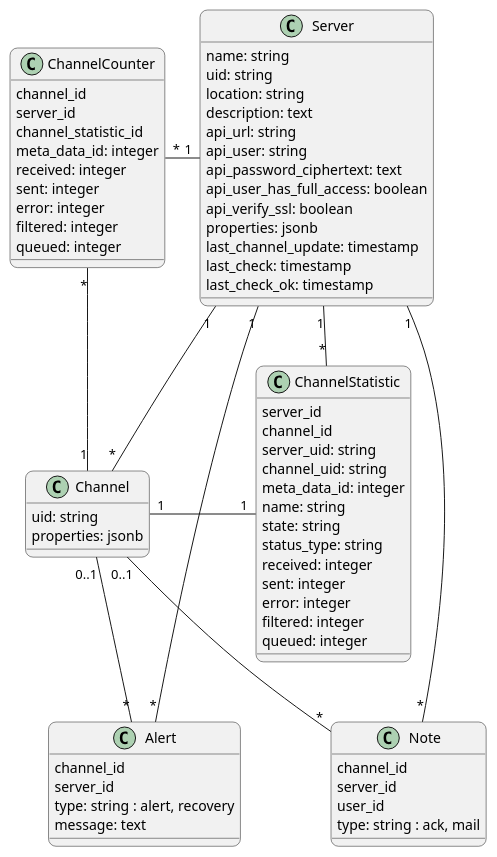
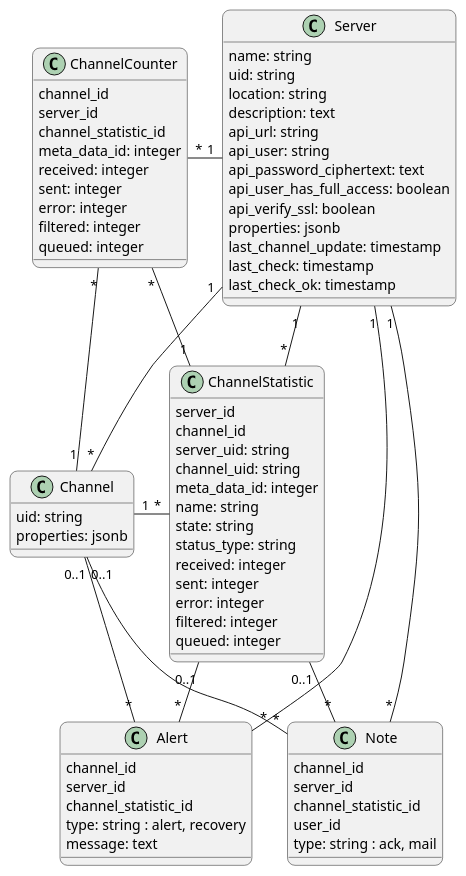
The diagram in doc/dev-notes/modules/ROOT/images/models.puml (swobspace/mirco), drawn with PlantUML before and after one commit. The commit also changed 11 other files, not shown here.

Commit message:
add association channel_statistic to alert and note

```diff
--- a/doc/dev-notes/modules/ROOT/images/models.puml
+++ b/doc/dev-notes/modules/ROOT/images/models.puml
@@ -1,80 +1,84 @@
 @startuml
 top to bottom direction
 skinparam defaultTextAlignment center
 skinparam roundCorner 15
 
 class Server  {
   name: string
   uid: string
   location: string
   description: text
   api_url: string
   api_user: string
   api_password_ciphertext: text
   api_user_has_full_access: boolean
   api_verify_ssl: boolean
   properties: jsonb
   last_channel_update: timestamp
   last_check: timestamp
   last_check_ok: timestamp
 }
 
 class Channel {
   uid: string
   properties: jsonb
 }
 
 class ChannelStatistic {
   server_id
   channel_id
   server_uid: string
   channel_uid: string
   meta_data_id: integer
   name: string
   state: string
   status_type: string
   received: integer
   sent: integer
   error: integer
   filtered: integer
   queued: integer
 }
 
 class ChannelCounter {
   channel_id
   server_id
   channel_statistic_id
   meta_data_id: integer
   received: integer
   sent: integer
   error: integer
   filtered: integer
   queued: integer
 }
 
 class Alert {
   channel_id
   server_id
+  channel_statistic_id
   type: string : alert, recovery
   message: text
 }
 
 class Note {
   channel_id
   server_id
+  channel_statistic_id
   user_id
   type: string : ack, mail
 }
 
 Server "1" -- "*" Channel
 Server "1" - "*" ChannelStatistic
-Channel "1" - "1" ChannelStatistic
+Channel "1" - "*" ChannelStatistic
 ChannelCounter "*" - "1" Server
 ChannelCounter "*" -- "1" Channel
+ChannelCounter "*" -- "1" ChannelStatistic
 Server "1" -- "*" Alert
 Channel "0..1" -- "*" Alert
+ChannelStatistic "0..1" -- "*" Alert
 Server "1" -- "*" Note
 Channel "0..1" -- "*" Note
-
+ChannelStatistic "0..1" -- "*" Note
 
 @enduml
```
